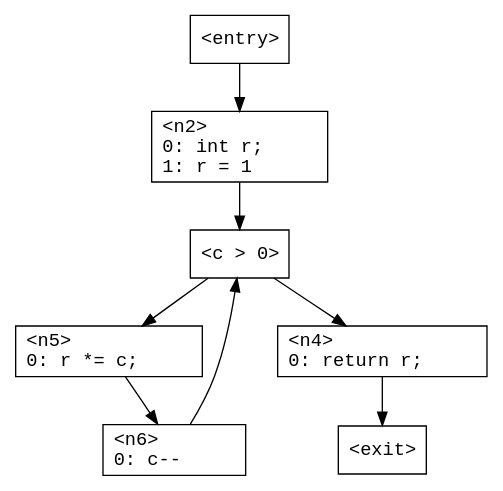
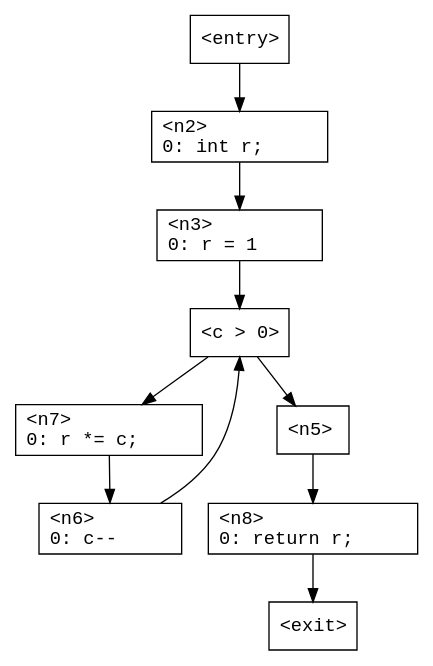
The diagram in TarpTests/Cfg/Data/TestFor.gv (ashalkhakov/Tarp), drawn with Graphviz before and after one commit. The commit also changed 28 other files, not shown here.

```diff
--- a/TarpTests/Cfg/Data/TestFor.gv
+++ b/TarpTests/Cfg/Data/TestFor.gv
@@ -1,31 +1,39 @@
 digraph G
 {
     n0 [ shape = "box"
              fontname = "Monospace"
              label = "<entry>\l" ];
       n0 -> n2;
     n1 [ shape = "box"
              fontname = "Monospace"
              label = "<exit>\l" ];
     n2 [ shape = "box"
              fontname = "Monospace"
-             label = "<n2>\l0:	int r;\l1:	r = 1\l" ];
+             label = "<n2>\l0:	int r;\l" ];
       n2 -> n3;
     n3 [ shape = "box"
              fontname = "Monospace"
-             label = "<c > 0>\l" ];
-      n3 -> n5;
+             label = "<n3>\l0:	r = 1\l" ];
       n3 -> n4;
     n4 [ shape = "box"
              fontname = "Monospace"
-             label = "<n4>\l0:	return r;\l" ];
-      n4 -> n1;
+             label = "<c > 0>\l" ];
+      n4 -> n7;
+      n4 -> n5;
     n5 [ shape = "box"
              fontname = "Monospace"
-             label = "<n5>\l0:	r *= c;\l" ];
-      n5 -> n6;
+             label = "<n5>\l" ];
+      n5 -> n8;
     n6 [ shape = "box"
              fontname = "Monospace"
              label = "<n6>\l0:	c--\l" ];
-      n6 -> n3;
+      n6 -> n4;
+    n7 [ shape = "box"
+             fontname = "Monospace"
+             label = "<n7>\l0:	r *= c;\l" ];
+      n7 -> n6;
+    n8 [ shape = "box"
+             fontname = "Monospace"
+             label = "<n8>\l0:	return r;\l" ];
+      n8 -> n1;
 }
```
